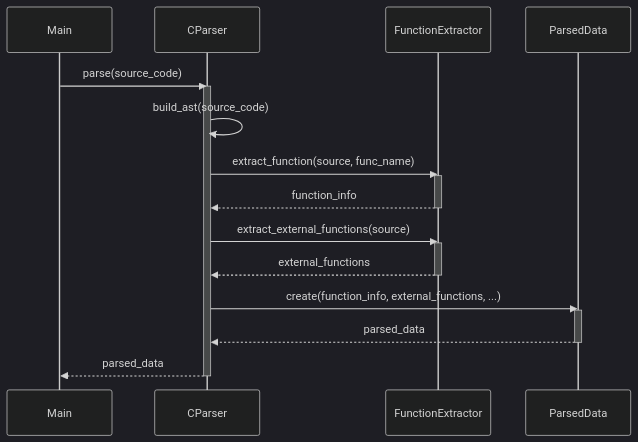
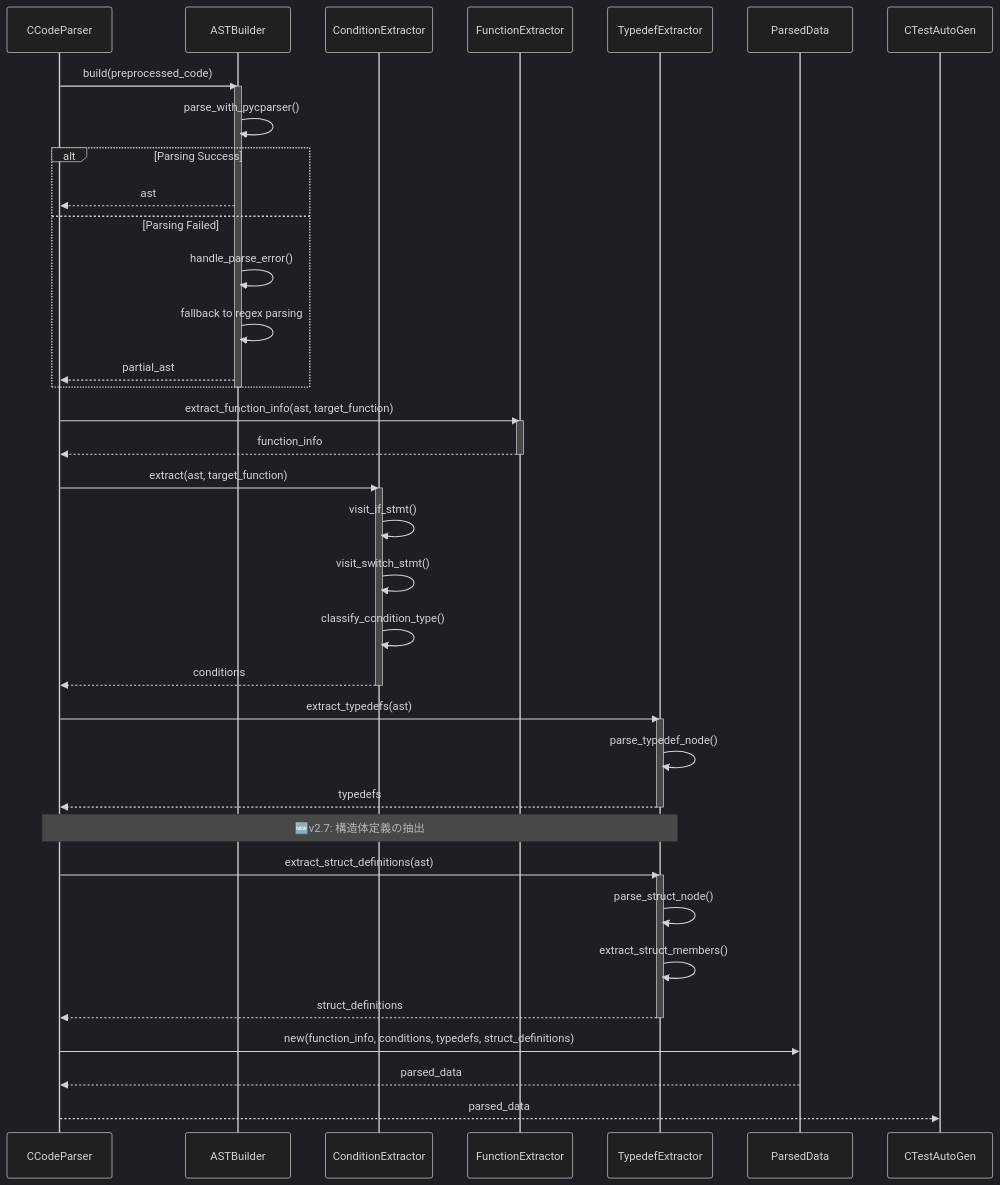
The third of 11 diagrams in doc/design_sequence_diagram.md (ryu5791/AutoUniTestGen), drawn with Mermaid (dark theme) before and after one commit. The commit also changed other lines of this file and 6 other files, not shown here.

````diff
--- a/doc/design_sequence_diagram.md
+++ b/doc/design_sequence_diagram.md
@@ -92,30 +115,54 @@
 ```mermaid
 sequenceDiagram
-    participant Main
-    participant CParser
+    participant CCodeParser
+    participant ASTBuilder
+    participant ConditionExtractor
     participant FunctionExtractor
+    participant TypedefExtractor
     participant ParsedData
     
-    Main->>CParser: parse(source_code)
-    activate CParser
+    CCodeParser->>ASTBuilder: build(preprocessed_code)
+    activate ASTBuilder
     
-    CParser->>CParser: build_ast(source_code)
+    ASTBuilder->>ASTBuilder: parse_with_pycparser()
+    alt Parsing Success
+        ASTBuilder-->>CCodeParser: ast
+    else Parsing Failed
+        ASTBuilder->>ASTBuilder: handle_parse_error()
+        ASTBuilder->>ASTBuilder: fallback to regex parsing
+        ASTBuilder-->>CCodeParser: partial_ast
+    end
+    deactivate ASTBuilder
     
-    CParser->>FunctionExtractor: extract_function(source, func_name)
+    CCodeParser->>FunctionExtractor: extract_function_info(ast, target_function)
     activate FunctionExtractor
-    FunctionExtractor-->>CParser: function_info
+    FunctionExtractor-->>CCodeParser: function_info
     deactivate FunctionExtractor
     
-    CParser->>FunctionExtractor: extract_external_functions(source)
-    activate FunctionExtractor
-    FunctionExtractor-->>CParser: external_functions
-    deactivate FunctionExtractor
+    CCodeParser->>ConditionExtractor: extract(ast, target_function)
+    activate ConditionExtractor
+    ConditionExtractor->>ConditionExtractor: visit_if_stmt()
+    ConditionExtractor->>ConditionExtractor: visit_switch_stmt()
+    ConditionExtractor->>ConditionExtractor: classify_condition_type()
+    ConditionExtractor-->>CCodeParser: conditions
+    deactivate ConditionExtractor
     
-    CParser->>ParsedData: create(function_info, external_functions, ...)
-    activate ParsedData
-    ParsedData-->>CParser: parsed_data
-    deactivate ParsedData
+    CCodeParser->>TypedefExtractor: extract_typedefs(ast)
+    activate TypedefExtractor
+    TypedefExtractor->>TypedefExtractor: parse_typedef_node()
+    TypedefExtractor-->>CCodeParser: typedefs
+    deactivate TypedefExtractor
     
-    CParser-->>Main: parsed_data
-    deactivate CParser
+    Note over CCodeParser,TypedefExtractor: 🆕v2.7: 構造体定義の抽出
+    CCodeParser->>TypedefExtractor: extract_struct_definitions(ast)
+    activate TypedefExtractor
+    TypedefExtractor->>TypedefExtractor: parse_struct_node()
+    TypedefExtractor->>TypedefExtractor: extract_struct_members()
+    TypedefExtractor-->>CCodeParser: struct_definitions
+    deactivate TypedefExtractor
+    
+    CCodeParser->>ParsedData: new(function_info, conditions, typedefs, struct_definitions)
+    ParsedData-->>CCodeParser: parsed_data
+    
+    CCodeParser-->>CTestAutoGen: parsed_data
 ```
````
